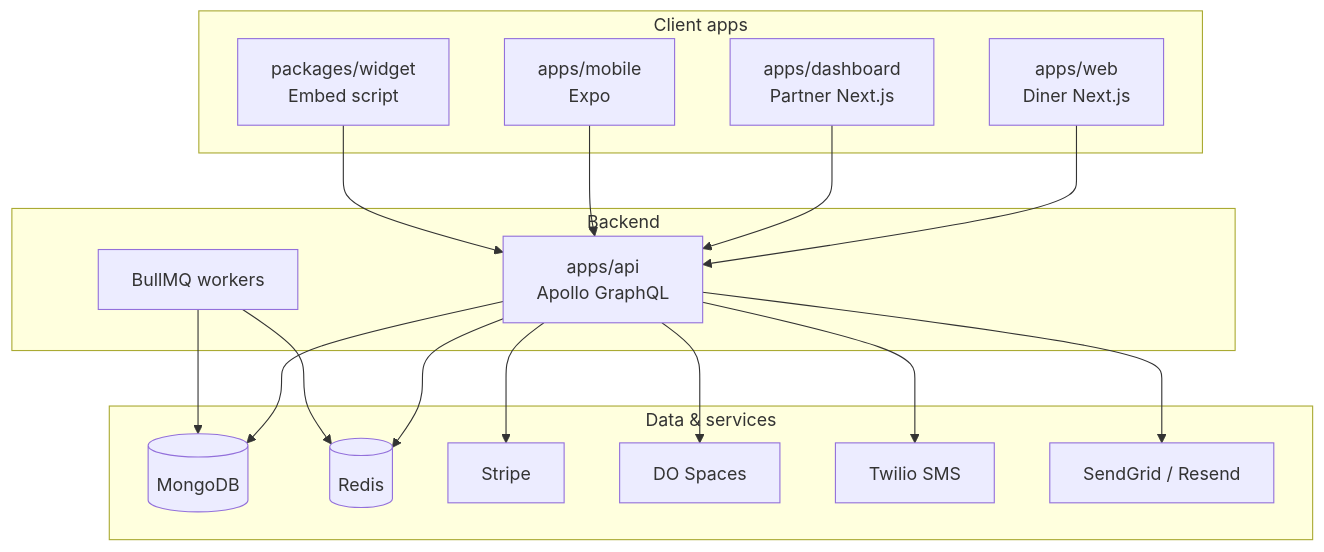
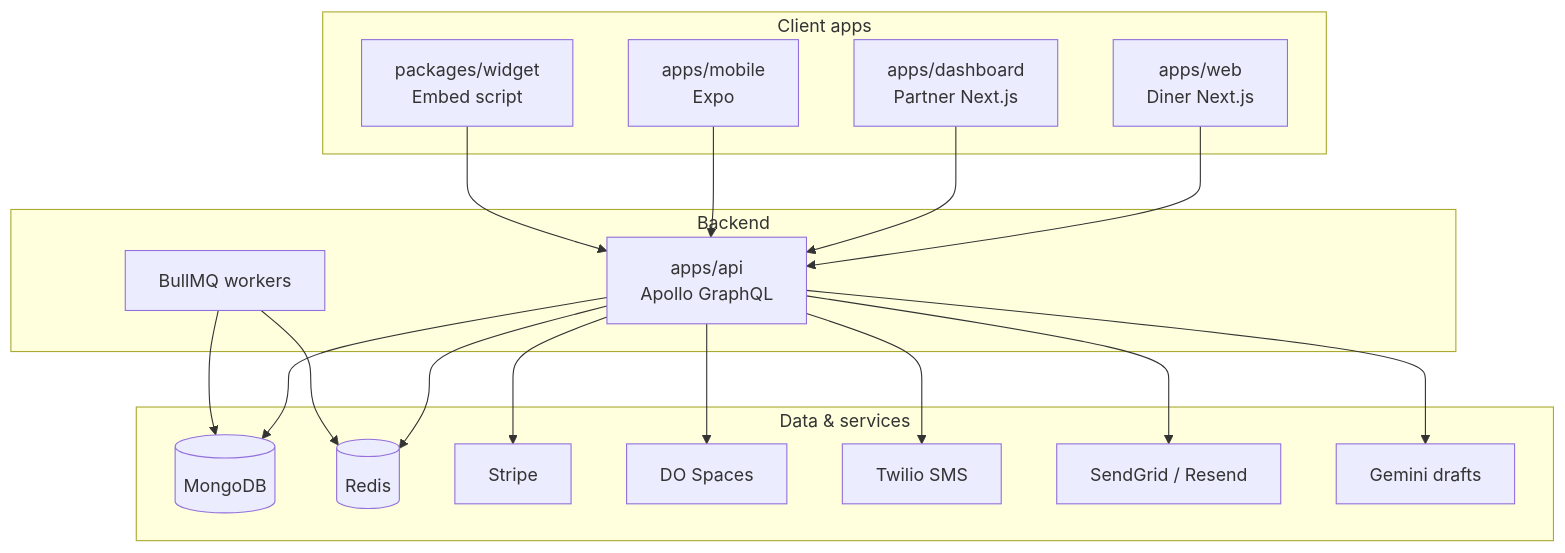
One commit to elevaro-solutions/uzeats-reservations changed the diagram in apps/docs/docs/architecture/overview.md. Above: the diagram before and after it, drawn with Mermaid. The commit also changed other lines of this file and 78 other files, not shown here.

````diff
--- a/apps/docs/docs/architecture/overview.md
+++ b/apps/docs/docs/architecture/overview.md
@@ -5,36 +5,38 @@
 ```mermaid
 flowchart TB
   subgraph clients [Client apps]
     Web[apps/web<br/>Diner Next.js]
     Dash[apps/dashboard<br/>Partner Next.js]
     Mobile[apps/mobile<br/>Expo]
     Widget[packages/widget<br/>Embed script]
   end
 
   subgraph backend [Backend]
     API[apps/api<br/>Apollo GraphQL]
     Workers[BullMQ workers]
   end
 
   subgraph data [Data & services]
     Mongo[(MongoDB)]
     Redis[(Redis)]
     Stripe[Stripe]
     Spaces[DO Spaces]
     Twilio[Twilio SMS]
     Email[SendGrid / Resend]
+    Gemini[Gemini drafts]
   end
 
   Web --> API
   Dash --> API
   Mobile --> API
   Widget --> API
   API --> Mongo
   API --> Redis
   Workers --> Redis
   Workers --> Mongo
   API --> Stripe
   API --> Spaces
   API --> Twilio
   API --> Email
+  API --> Gemini
 ```
````
